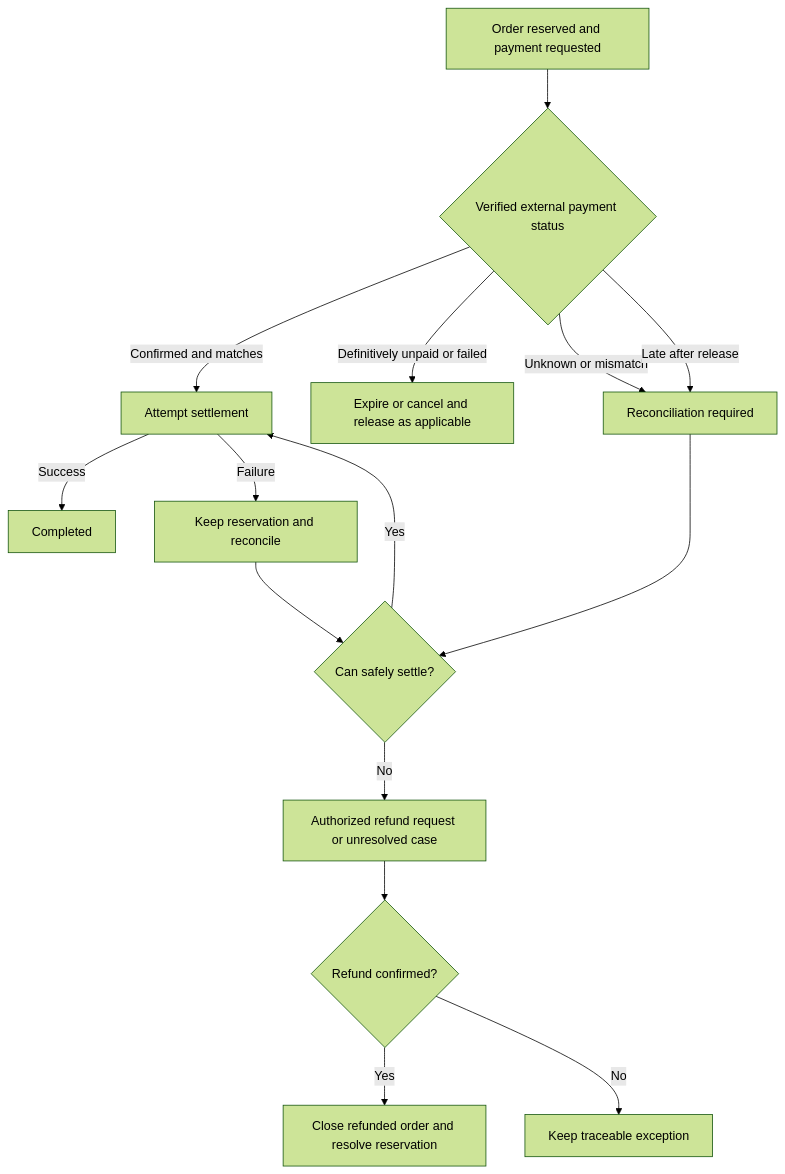
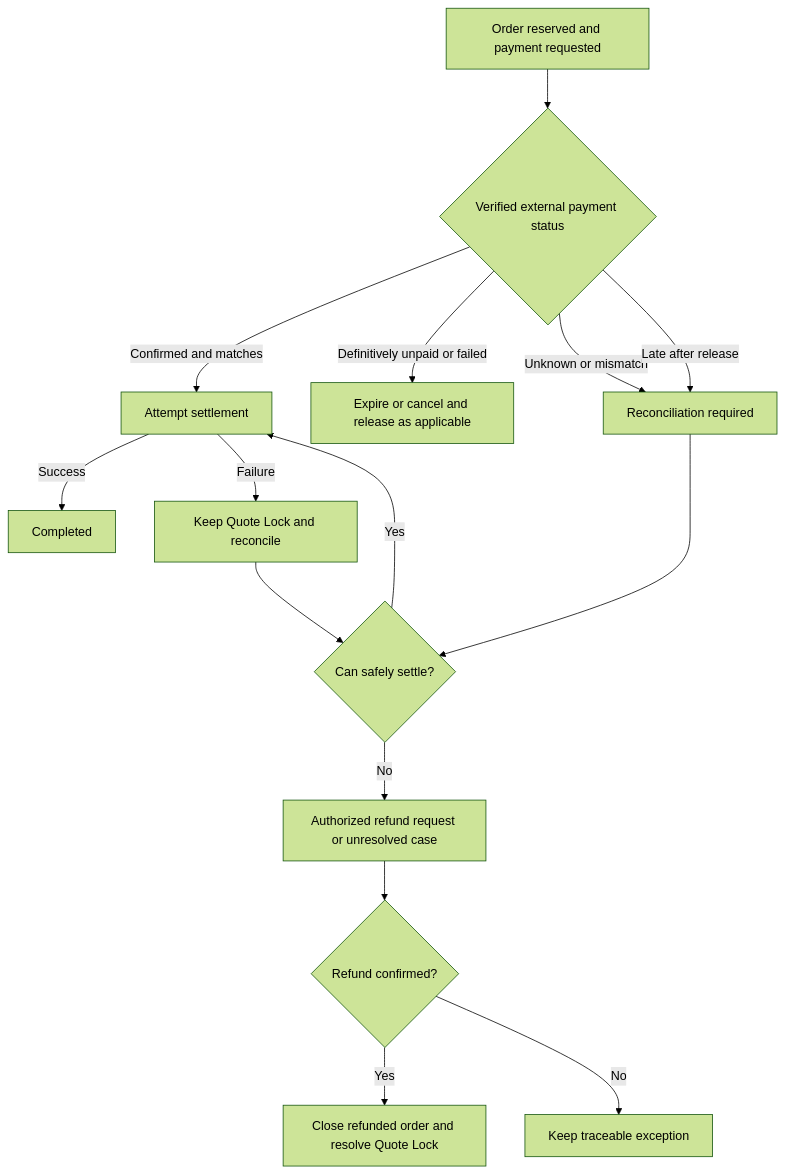
One commit to PotTy000/CREDIT-FORGE changed the fifth of 6 diagrams in docs/BRD.md. Above: the diagram before and after it, drawn with Mermaid (forest theme). The commit also changed other lines of this file, not shown here.

Commit message:
docs: revise BRD for quote-first checkout and quote locks

````diff
--- a/docs/BRD.md
+++ b/docs/BRD.md
@@ -379,17 +390,17 @@
 ```mermaid
 flowchart TD
  A[Order reserved and payment requested] --> B{Verified external payment status}
  B -->|Confirmed and matches| C[Attempt settlement]
  C -->|Success| D[Completed]
- C -->|Failure| E[Keep reservation and reconcile]
+ C -->|Failure| E[Keep Quote Lock and reconcile]
  B -->|Definitively unpaid or failed| F[Expire or cancel and release as applicable]
  B -->|Unknown or mismatch| G[Reconciliation required]
  B -->|Late after release| G
  E --> H{Can safely settle?}
  H -->|Yes| C
  H -->|No| I[Authorized refund request or unresolved case]
  G --> H
  I --> J{Refund confirmed?}
- J -->|Yes| K[Close refunded order and resolve reservation]
+ J -->|Yes| K[Close refunded order and resolve Quote Lock]
  J -->|No| L[Keep traceable exception]
 ```
````
